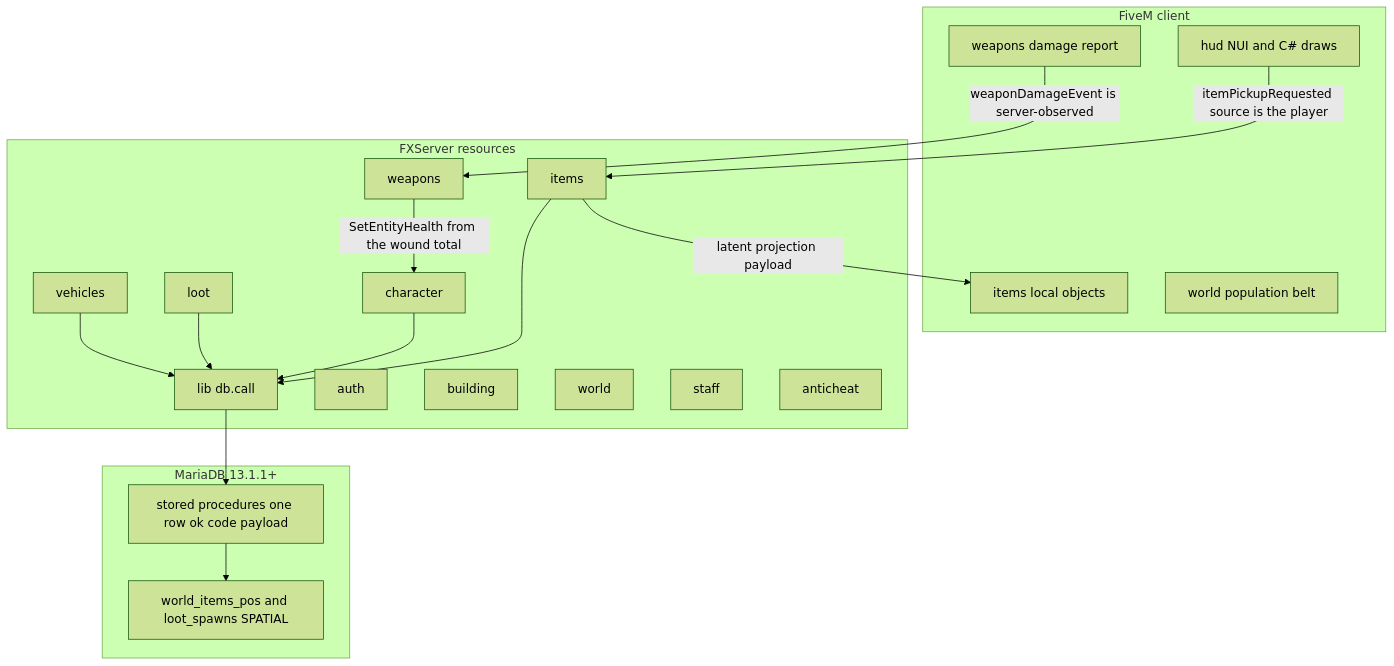
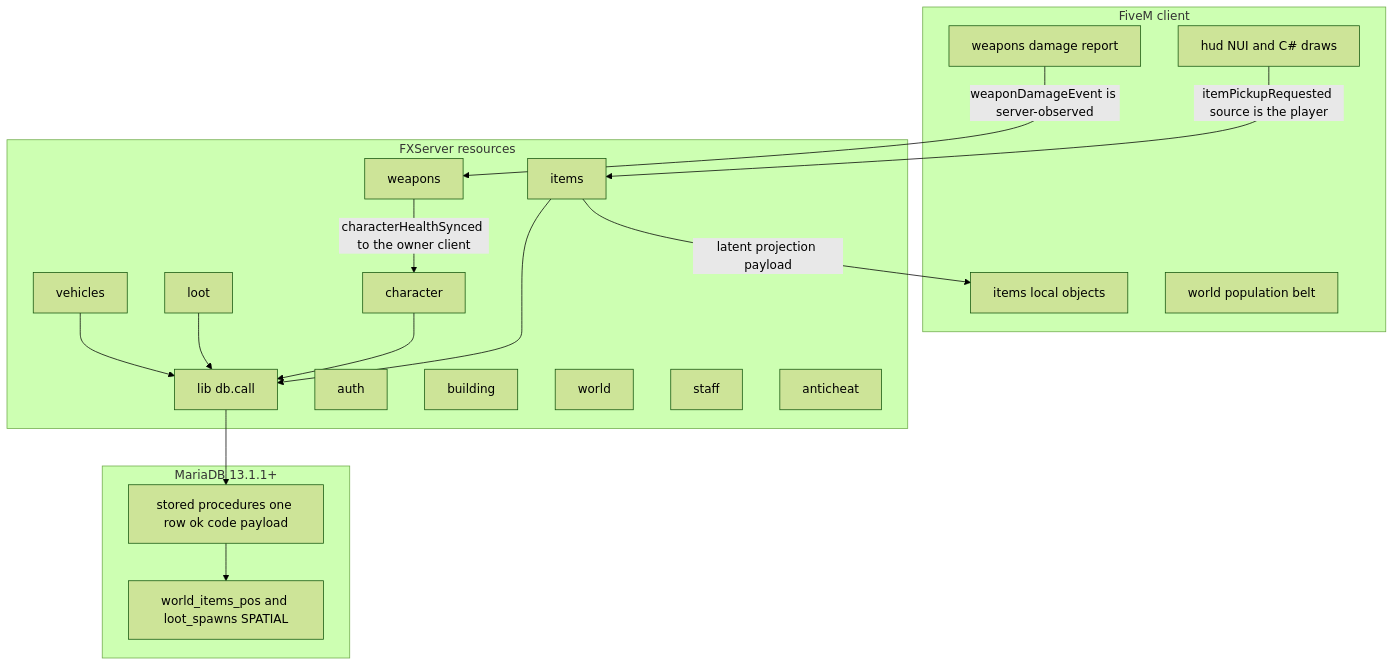
The first of 2 diagrams in docs/superpowers/specs/2026-11-06-scavengesurvive-fivem-port-design.md (VIRUXE/scavengesurvive-v), drawn with Mermaid (forest theme) before and after one commit. The commit also changed other lines of this file and 5 other files, not shown here.

````diff
--- a/docs/superpowers/specs/2026-11-06-scavengesurvive-fivem-port-design.md
+++ b/docs/superpowers/specs/2026-11-06-scavengesurvive-fivem-port-design.md
@@ -189,36 +191,36 @@
 ```mermaid
 flowchart TB
   subgraph client [FiveM client]
     hud[hud NUI and C# draws]
     itemsC[items local objects]
     weapC[weapons damage report]
     worldC[world population belt]
   end
   subgraph server [FXServer resources]
     lib[lib db.call]
     auth[auth]
     character[character]
     items[items]
     weapons[weapons]
     vehicles[vehicles]
     loot[loot]
     building[building]
     world[world]
     staff[staff]
     anticheat[anticheat]
   end
   subgraph db [MariaDB 13.1.1+]
     proc[stored procedures one row ok code payload]
     spatial[world_items_pos and loot_spawns SPATIAL]
   end
   hud -->|itemPickupRequested source is the player| items
   weapC -->|weaponDamageEvent is server-observed| weapons
   items --> lib
   character --> lib
   loot --> lib
   vehicles --> lib
   lib --> proc
   proc --> spatial
   items -->|latent projection payload| itemsC
-  weapons -->|SetEntityHealth from the wound total| character
+  weapons -->|characterHealthSynced to the owner client| character
 ```
````
